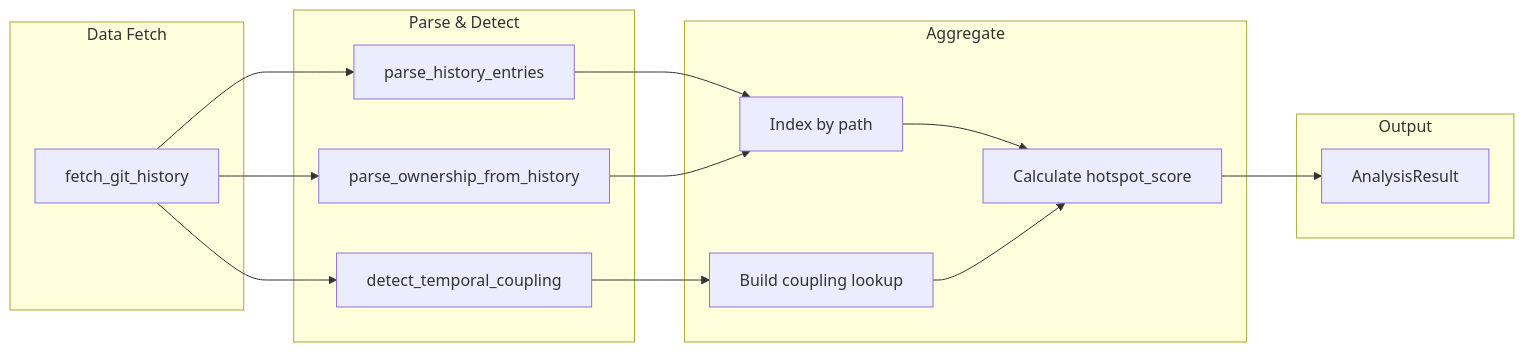
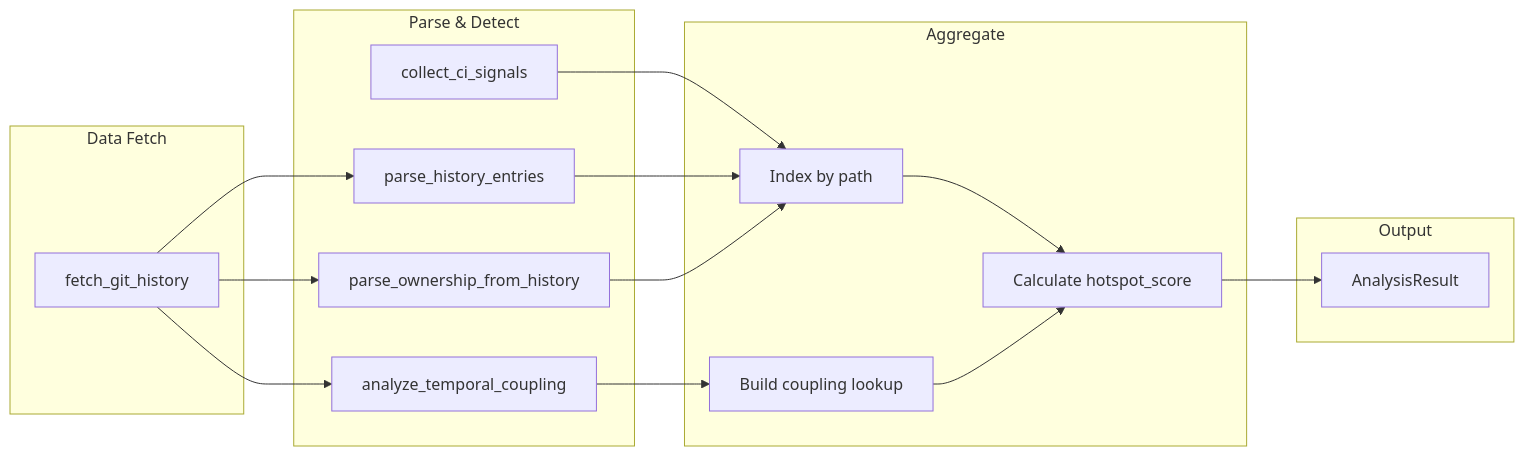
One commit to michael-denyer/black-box-unlock changed the third of 5 diagrams in docs/CODEMAP.md. Above: the diagram before and after it, drawn with Mermaid. The commit also changed other lines of this file and 22 other files, not shown here.

````diff
--- a/docs/CODEMAP.md
+++ b/docs/CODEMAP.md
@@ -104,32 +103,34 @@
 ```mermaid
 flowchart LR
     subgraph Fetch["Data Fetch"]
         GitLog[fetch_git_history]
     end
 
     subgraph Parse["Parse & Detect"]
         Churn[parse_history_entries]
         Owner[parse_ownership_from_history]
-        Couple[detect_temporal_coupling]
+        Couple[analyze_temporal_coupling]
+        CI[collect_ci_signals]
     end
 
     subgraph Join["Aggregate"]
         Index[Index by path]
         Build[Build coupling lookup]
         Score[Calculate hotspot_score]
     end
 
     subgraph Out["Output"]
         Result[AnalysisResult]
     end
 
     GitLog --> Churn
     GitLog --> Owner
     GitLog --> Couple
+    CI --> Index
     Churn --> Index
     Owner --> Index
     Couple --> Build
     Index --> Score
     Build --> Score
     Score --> Result
 ```
````
